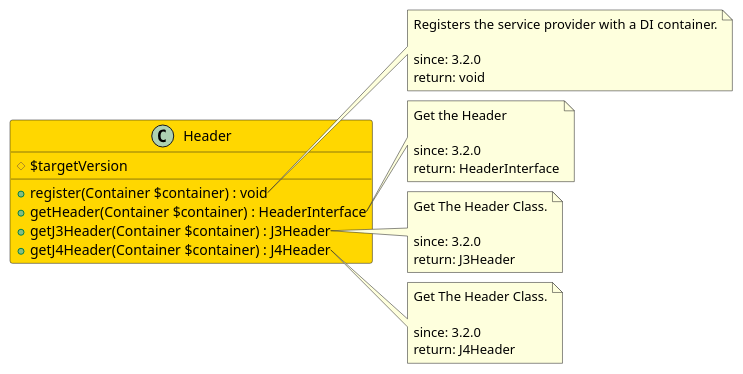
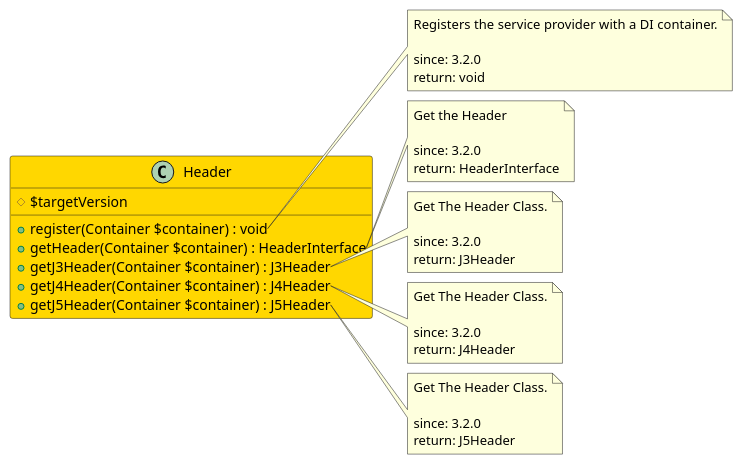
Before and after one commit to joomengine/jcb-compiler: the diagram in src/36d49d4a-8d0e-435f-ab4c-8f247d96fd4d/README.md, drawn with PlantUML. The commit also changed 232 other files, not shown here.

````diff
--- a/src/36d49d4a-8d0e-435f-ab4c-8f247d96fd4d/README.md
+++ b/src/36d49d4a-8d0e-435f-ab4c-8f247d96fd4d/README.md
@@ -11,40 +11,48 @@
 ```uml
 @startuml
 class Header  #Gold {
   # $targetVersion
   + register(Container $container) : void
   + getHeader(Container $container) : HeaderInterface
   + getJ3Header(Container $container) : J3Header
   + getJ4Header(Container $container) : J4Header
+  + getJ5Header(Container $container) : J5Header
 }
 
 note right of Header::register
   Registers the service provider with a DI container.
 
   since: 3.2.0
   return: void
 end note
 
 note right of Header::getHeader
   Get the Header
 
   since: 3.2.0
   return: HeaderInterface
 end note
 
 note right of Header::getJ3Header
   Get The Header Class.
 
   since: 3.2.0
   return: J3Header
 end note
 
 note right of Header::getJ4Header
   Get The Header Class.
 
   since: 3.2.0
   return: J4Header
 end note
+
+note right of Header::getJ5Header
+  Get The Header Class.
+
+  since: 3.2.0
+  return: J5Header
+end note
  
 @enduml
 ```
````
